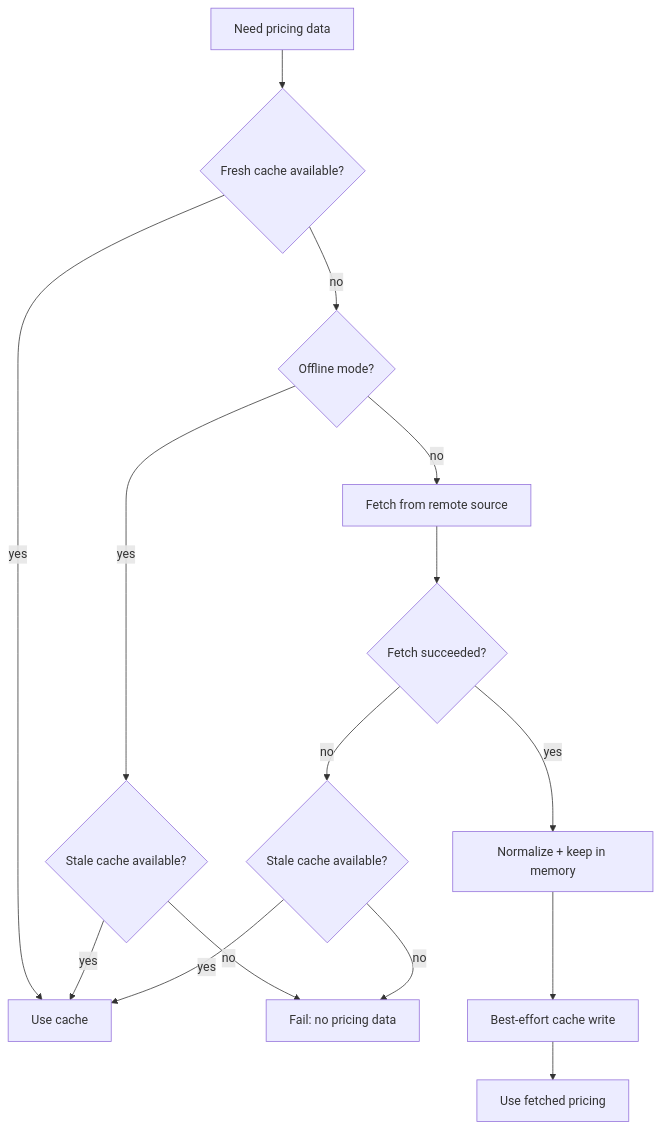
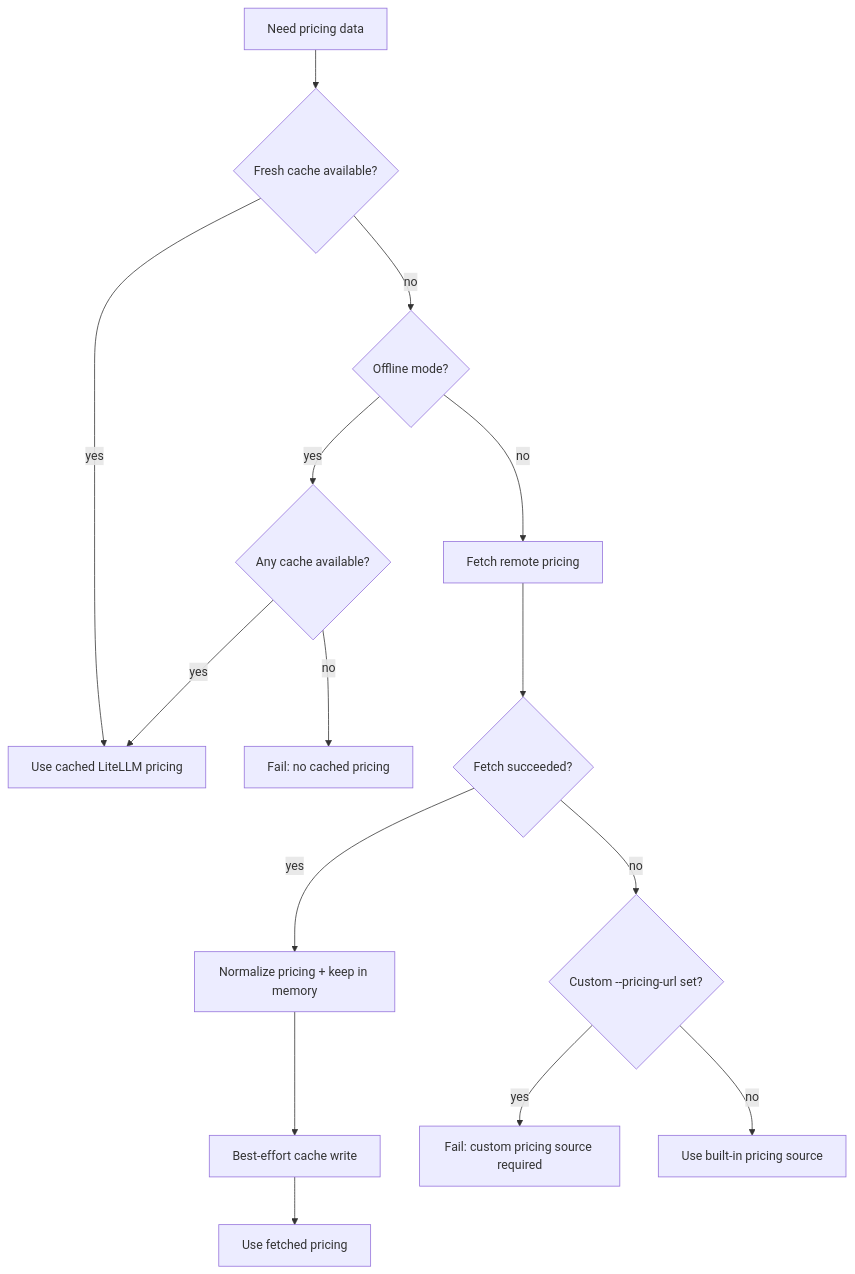
The diagram in docs/pricing-and-costs.md (ben-vargas/ai-llm-usage-metrics), drawn with Mermaid before and after one commit. The commit also changed other lines of this file and 6 other files, not shown here.

Commit message:
docs(reporting): refresh user docs and diagrams

````diff
--- a/docs/pricing-and-costs.md
+++ b/docs/pricing-and-costs.md
@@ -14,17 +14,17 @@
 ```mermaid
 flowchart TD
     A[Need pricing data] --> B{Fresh cache available?}
-    B -- yes --> C[Use cache]
+    B -- yes --> C[Use cached LiteLLM pricing]
     B -- no --> D{Offline mode?}
-    D -- yes --> E{Stale cache available?}
+    D -- yes --> E{Any cache available?}
     E -- yes --> C
-    E -- no --> F[Fail: no pricing data]
-    D -- no --> G[Fetch from remote source]
+    E -- no --> F[Fail: no cached pricing]
+    D -- no --> G[Fetch remote pricing]
     G --> H{Fetch succeeded?}
-    H -- no --> I{Stale cache available?}
-    I -- yes --> C
-    I -- no --> F
-    H -- yes --> J[Normalize + keep in memory]
-    J --> K[Best-effort cache write]
-    K --> L[Use fetched pricing]
+    H -- yes --> I[Normalize pricing + keep in memory]
+    I --> J[Best-effort cache write]
+    J --> K[Use fetched pricing]
+    H -- no --> L{Custom --pricing-url set?}
+    L -- yes --> M[Fail: custom pricing source required]
+    L -- no --> N[Use built-in pricing source]
 ```
````
